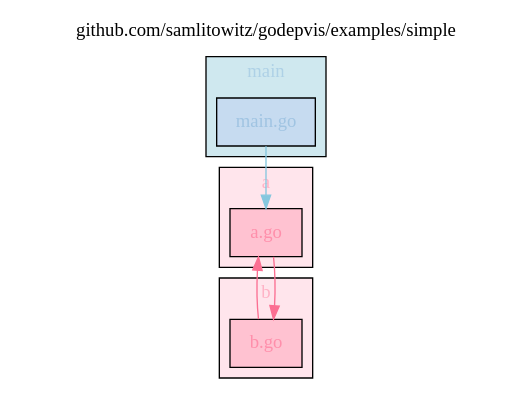
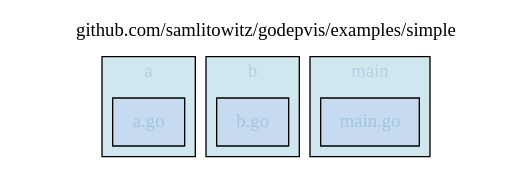
The diagram in assets/examples/simple-palette/file.dot (samlitowitz/godepvis), drawn with Graphviz before and after one commit. The commit also changed 28 other files, not shown here.

```diff
--- a/assets/examples/simple-palette/file.dot
+++ b/assets/examples/simple-palette/file.dot
@@ -1,37 +1,34 @@
 digraph {
 	labelloc="t";
 	label="github.com/samlitowitz/godepvis/examples/simple";
 	rankdir="TB";
 	node [shape="rect"];
 
 	subgraph "cluster_pkg_a" {
 		label="a";
 		style="filled";
-		fontcolor="#ffb3c6";
-		fillcolor="#ffe5ec";
+		fontcolor="#aed1e6";
+		fillcolor="#cfe8ef";
 
-		"pkg_a_file_a" [label="a.go", style="filled", fontcolor="#ff8fab", fillcolor="#ffc2d1"];
+		"pkg_a_file_a" [label="a.go", style="filled", fontcolor="#a0c4e2", fillcolor="#c6dbf0"];
 	};
 
 	subgraph "cluster_pkg_b" {
 		label="b";
 		style="filled";
-		fontcolor="#ffb3c6";
-		fillcolor="#ffe5ec";
+		fontcolor="#aed1e6";
+		fillcolor="#cfe8ef";
 
-		"pkg_b_file_b" [label="b.go", style="filled", fontcolor="#ff8fab", fillcolor="#ffc2d1"];
+		"pkg_b_file_b" [label="b.go", style="filled", fontcolor="#a0c4e2", fillcolor="#c6dbf0"];
 	};
 
 	subgraph "cluster_pkg_main" {
 		label="main";
 		style="filled";
 		fontcolor="#aed1e6";
 		fillcolor="#cfe8ef";
 
 		"pkg_main_file_main" [label="main.go", style="filled", fontcolor="#a0c4e2", fillcolor="#c6dbf0"];
 	};
 
-		"pkg_a_file_a" -> "pkg_b_file_b" [color="#fb6f92"];
-		"pkg_b_file_b" -> "pkg_a_file_a" [color="#fb6f92"];
-		"pkg_main_file_main" -> "pkg_a_file_a" [color="#85c7de"];
 }
```
